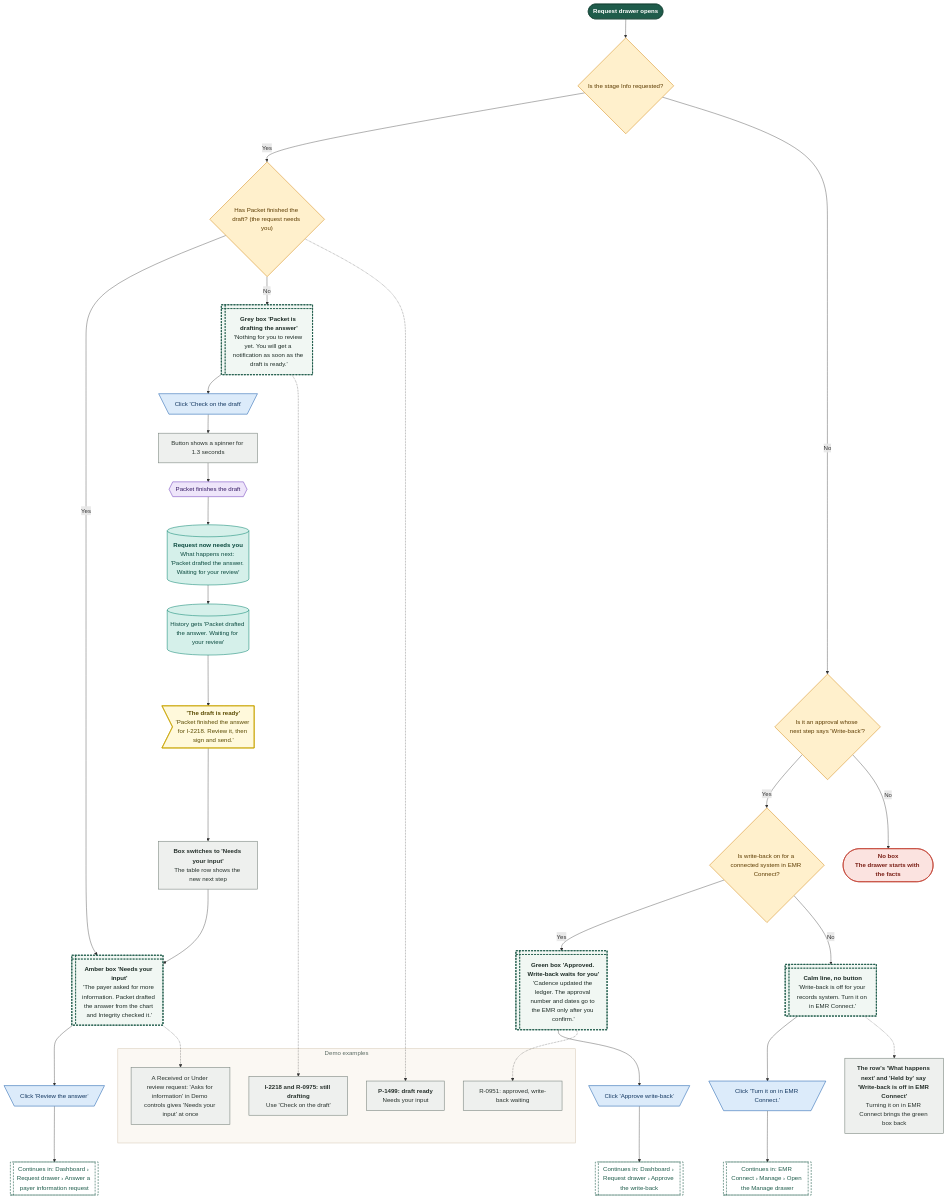
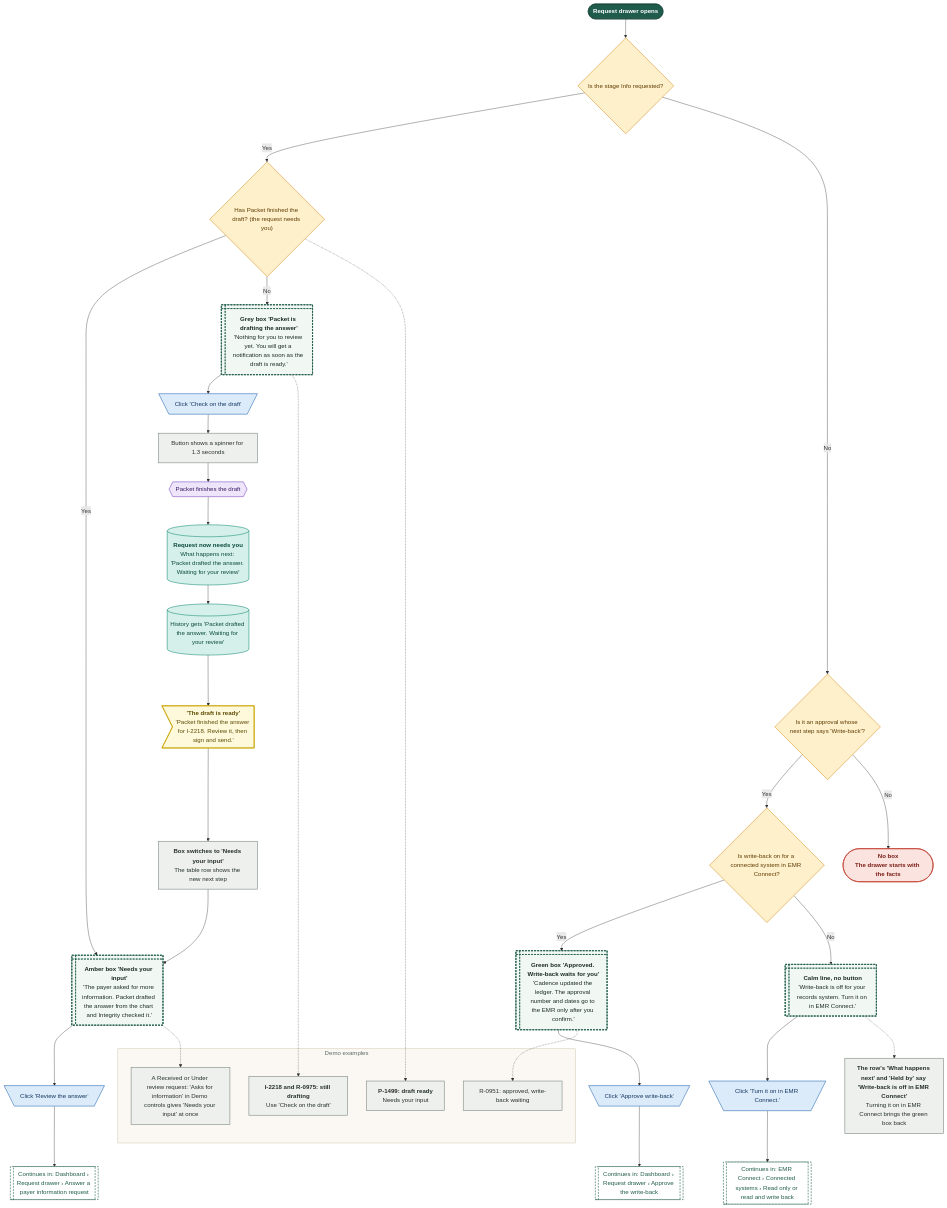
Before and after one commit to Shrav143/psyfloapp: diagram 16 of 21 in demos/prior-auth-demo/workflows/out/md/02-dashboard.md, drawn with Mermaid. The commit also changed other lines of this file and 192 other files, not shown here.

First line of the commit message:
docs: changelog by sidebar tab; README, diagrams and Settings layout aligned with the refinement; shared InfoTip; referral cost-share line

````diff
--- a/demos/prior-auth-demo/workflows/out/md/02-dashboard.md
+++ b/demos/prior-auth-demo/workflows/out/md/02-dashboard.md
@@ -1048,76 +1226,76 @@
 ```mermaid
 %%{init: {"theme":"base","themeVariables":{"fontFamily":"'DM Sans', 'Segoe UI', system-ui, sans-serif","fontSize":"15px","lineColor":"#5B6B63","primaryTextColor":"#1C2B25","clusterBkg":"#FBF8F3","clusterBorder":"#D9CDBB","edgeLabelBackground":"#FFFFFF"},"flowchart":{"curve":"basis","nodeSpacing":36,"rankSpacing":48,"padding":12,"htmlLabels":true,"useMaxWidth":false,"wrappingWidth":230}} }%%
 flowchart TD
   classDef k_start fill:#1F5C4B,stroke:#174638,color:#FFFFFF,stroke-width:1.5px,font-weight:600
   classDef k_end fill:#DDEFE3,stroke:#2E7D4F,color:#14502F,stroke-width:1.5px,font-weight:600
   classDef k_endx fill:#FBE3E0,stroke:#C0392B,color:#7A1F16,stroke-width:1.5px,font-weight:600
   classDef k_screen fill:#FFFDF8,stroke:#1F5C4B,color:#1C2B25,stroke-width:2px
   classDef k_overlay fill:#F1F7F3,stroke:#1F5C4B,color:#1C2B25,stroke-width:2px,stroke-dasharray:5 3
   classDef k_click fill:#DCEBFA,stroke:#2F6DB5,color:#12365F,stroke-width:1.5px
   classDef k_input fill:#E4E7FF,stroke:#4C5FD5,color:#1D2670,stroke-width:1.5px
   classDef k_process fill:#EEF0EE,stroke:#7A857F,color:#26302B,stroke-width:1.5px
   classDef k_agent fill:#EEE5FA,stroke:#7A4FC2,color:#341A63,stroke-width:1.5px
   classDef k_decision fill:#FFF0CC,stroke:#D9962B,color:#5C3B00,stroke-width:1.5px
   classDef k_store fill:#D5F0EA,stroke:#1C8E7B,color:#0B4A3F,stroke-width:1.5px
   classDef k_doc fill:#F6E9DC,stroke:#B07A4C,color:#4A2E14,stroke-width:1.5px
   classDef k_ext fill:#FFE6D2,stroke:#E07B39,color:#6B2F06,stroke-width:1.5px
   classDef k_wait fill:#E4E8EE,stroke:#6B7C93,color:#26303D,stroke-width:1.5px
   classDef k_toast fill:#FFF9DB,stroke:#C9A400,color:#5A4A00,stroke-width:1.5px
   classDef k_goto fill:#FFFFFF,stroke:#1F5C4B,color:#1F5C4B,stroke-width:1.5px,stroke-dasharray:5 3
   s1@{ shape: stadium, label: "Request drawer opens" }
   d1@{ shape: diam, label: "Is the stage Info requested?" }
   d2@{ shape: diam, label: "Has Packet finished the draft? (the request needs you)" }
   d3@{ shape: diam, label: "Is it an approval whose next step says 'Write-back'?" }
   x1@{ shape: stadium, label: "<b>No box</b><br/>The drawer starts with the facts" }
   b1@{ shape: win-pane, label: "<b>Amber box 'Needs your input'</b><br/>'The payer asked for more information. Packet drafted the answer from the chart and Integrity checked it.'" }
   c1@{ shape: trap-t, label: "Click 'Review the answer'" }
   g1@{ shape: subproc, label: "Continues in: Dashboard › Request drawer › Answer a payer information request" }
   b2@{ shape: win-pane, label: "<b>Grey box 'Packet is drafting the answer'</b><br/>'Nothing for you to review yet. You will get a notification as soon as the draft is ready.'" }
   c2@{ shape: trap-t, label: "Click 'Check on the draft'" }
   p1@{ shape: rect, label: "Button shows a spinner for 1.3 seconds" }
   a1@{ shape: hex, label: "Packet finishes the draft" }
   w1@{ shape: cyl, label: "<b>Request now needs you</b><br/>What happens next: 'Packet drafted the answer. Waiting for your review'" }
   w2@{ shape: cyl, label: "History gets 'Packet drafted the answer. Waiting for your review'" }
   t1@{ shape: odd, label: "<b>'The draft is ready'</b><br/>'Packet finished the answer for I-2218. Review it, then sign and send.'" }
   p2@{ shape: rect, label: "<b>Box switches to 'Needs your input'</b><br/>The table row shows the new next step" }
   d4@{ shape: diam, label: "Is write-back on for a connected system in EMR Connect?" }
   b3@{ shape: win-pane, label: "<b>Green box 'Approved. Write-back waits for you'</b><br/>'Cadence updated the ledger. The approval number and dates go to the EMR only after you confirm.'" }
   c3@{ shape: trap-t, label: "Click 'Approve write-back'" }
   g2@{ shape: subproc, label: "Continues in: Dashboard › Request drawer › Approve the write-back" }
   b4@{ shape: win-pane, label: "<b>Calm line, no button</b><br/>'Write-back is off for your records system. Turn it on in EMR Connect.'" }
   c4@{ shape: trap-t, label: "Click 'Turn it on in EMR Connect.'" }
-  g3@{ shape: subproc, label: "Continues in: EMR Connect › Manage › Open the Manage drawer" }
+  g3@{ shape: subproc, label: "Continues in: EMR Connect › Connected systems › Read only or read and write back" }
   p3@{ shape: rect, label: "<b>The row's 'What happens next' and 'Held by' say 'Write-back is off in EMR Connect'</b><br/>Turning it on in EMR Connect brings the green box back" }
   subgraph gSeed ["Demo examples"]
   e1@{ shape: rect, label: "<b>P-1499: draft ready</b><br/>Needs your input" }
   e2@{ shape: rect, label: "<b>I-2218 and R-0975: still drafting</b><br/>Use 'Check on the draft'" }
   e3@{ shape: rect, label: "R-0951: approved, write-back waiting" }
   e4@{ shape: rect, label: "A Received or Under review request: 'Asks for information' in Demo controls gives 'Needs your input' at once" }
   end
   s1 --> d1
   d1 -->|"Yes"| d2
   d1 -->|"No"| d3
   d2 -->|"Yes"| b1 --> c1 --> g1
   d2 -->|"No"| b2 --> c2 --> p1 --> a1 --> w1 --> w2 --> t1 --> p2
   p2 --> b1
   d3 -->|"Yes"| d4
   d4 -->|"Yes"| b3 --> c3 --> g2
   d4 -->|"No"| b4 --> c4 --> g3
   b4 -.-> p3
   d3 -->|"No"| x1
   d2 -.-> e1
   b2 -.-> e2
   b3 -.-> e3
   b1 -.-> e4
   class s1 k_start
   class d1,d2,d3,d4 k_decision
   class x1 k_endx
   class b1,b2,b3,b4 k_overlay
   class c1,c2,c3,c4 k_click
   class g1,g2,g3 k_goto
   class p1,p2,p3,e1,e2,e3,e4 k_process
   class a1 k_agent
   class w1,w2 k_store
   class t1 k_toast
   style gSeed fill:#FBF8F3,stroke:#D9CDBB,stroke-width:1.5px,color:#5B6B63
 ```
````
